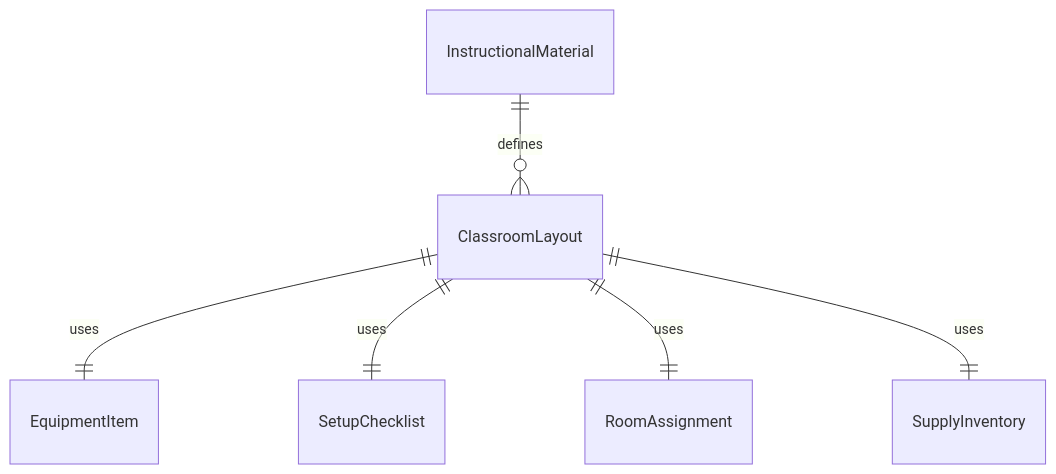
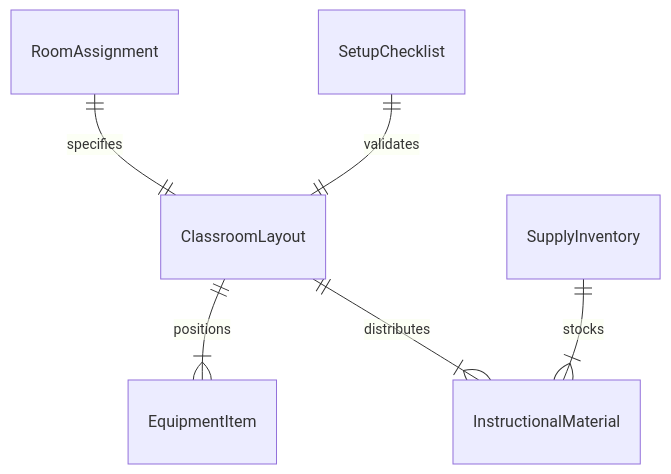
Before and after one commit to dot-org-ai/tasks.org.ai: the first of 4 diagrams in HandlingAndMovingObjects/SetUpClassroomsFacilitiesEducationalMaterialsOrEquipment/SetUpClassroomMaterialsEquipment.mdx, drawn with Mermaid. The commit also changed other lines of this file and 515 other files, not shown here.

````diff
--- a/HandlingAndMovingObjects/SetUpClassroomsFacilitiesEducationalMaterialsOrEquipment/SetUpClassroomMaterialsEquipment.mdx
+++ b/HandlingAndMovingObjects/SetUpClassroomsFacilitiesEducationalMaterialsOrEquipment/SetUpClassroomMaterialsEquipment.mdx
@@ -87,8 +87,8 @@
 ```mermaid
 erDiagram
-    InstructionalMaterial ||--o{ ClassroomLayout : "defines"
-    ClassroomLayout ||--|| EquipmentItem : "uses"
-    ClassroomLayout ||--|| SetupChecklist : "uses"
-    ClassroomLayout ||--|| RoomAssignment : "uses"
-    ClassroomLayout ||--|| SupplyInventory : "uses"
+    RoomAssignment ||--|| ClassroomLayout : "specifies"
+    ClassroomLayout ||--|{ EquipmentItem : "positions"
+    ClassroomLayout ||--|{ InstructionalMaterial : "distributes"
+    SetupChecklist ||--|| ClassroomLayout : "validates"
+    SupplyInventory ||--|{ InstructionalMaterial : "stocks"
 ```
````
